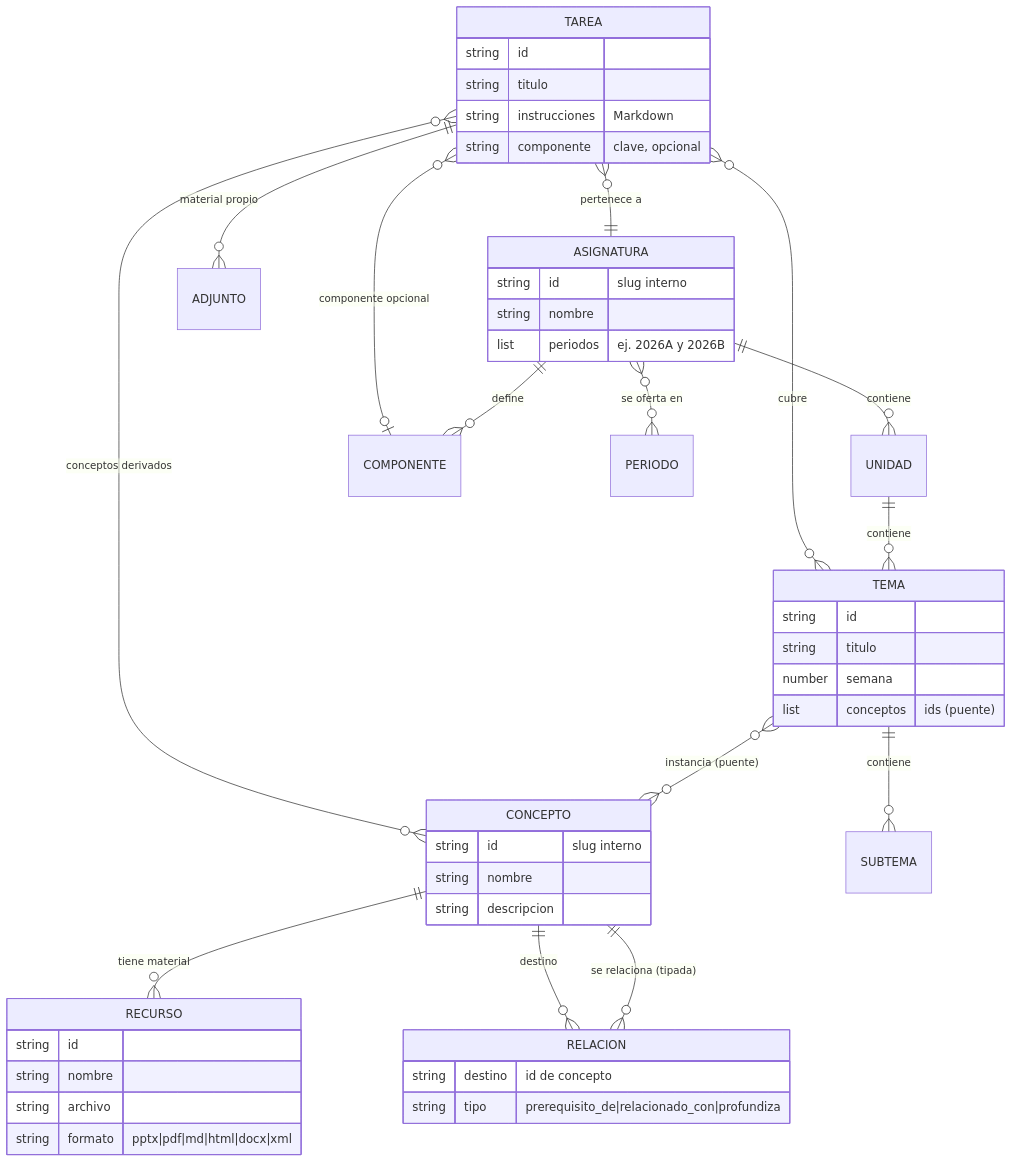
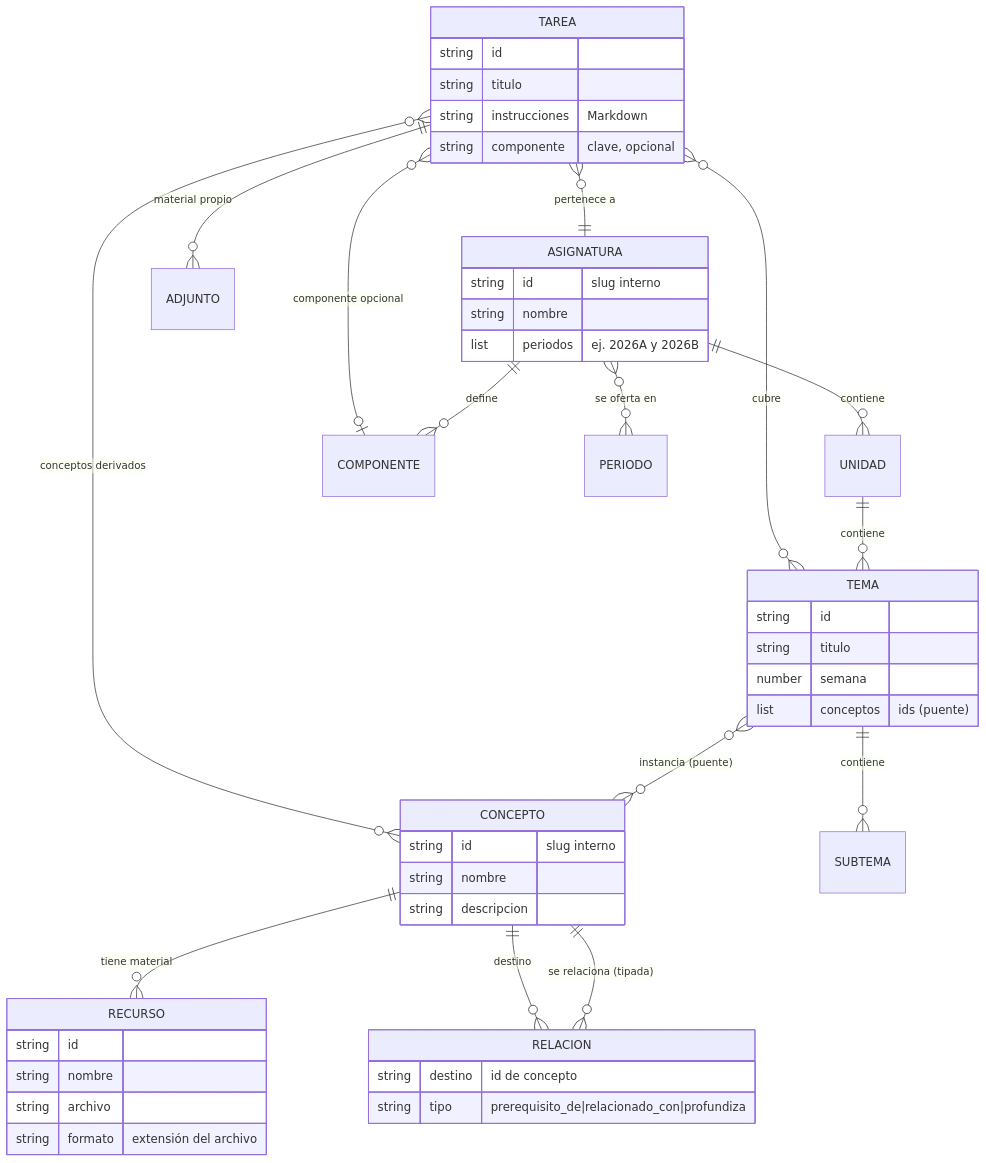
Before and after one commit to paulosk8/HiDev-graphs: the second of 5 diagrams in README.md, drawn with Mermaid. The commit also changed other lines of this file and 14 other files, not shown here.

First line of the commit message:
feat(material): el material admite cualquier formato de archivo

````diff
--- a/README.md
+++ b/README.md
@@ -220,53 +220,53 @@
 ```mermaid
 erDiagram
     CONCEPTO ||--o{ RECURSO : "tiene material"
     CONCEPTO ||--o{ RELACION : "se relaciona (tipada)"
     RELACION }o--|| CONCEPTO : "destino"
 
     ASIGNATURA ||--o{ UNIDAD : contiene
     UNIDAD ||--o{ TEMA : contiene
     TEMA ||--o{ SUBTEMA : contiene
     ASIGNATURA ||--o{ COMPONENTE : "define"
     ASIGNATURA }o--o{ PERIODO : "se oferta en"
 
     TEMA }o--o{ CONCEPTO : "instancia (puente)"
 
     TAREA }o--|| ASIGNATURA : "pertenece a"
     TAREA }o--o{ TEMA : "cubre"
     TAREA }o--o{ CONCEPTO : "conceptos derivados"
     TAREA ||--o{ ADJUNTO : "material propio"
     TAREA }o--o| COMPONENTE : "componente opcional"
 
     CONCEPTO {
         string id "slug interno"
         string nombre
         string descripcion
     }
     RECURSO {
         string id
         string nombre
         string archivo
-        string formato "pptx|pdf|md|html|docx|xml"
+        string formato "extensión del archivo"
     }
     RELACION {
         string destino "id de concepto"
         string tipo "prerequisito_de|relacionado_con|profundiza"
     }
     ASIGNATURA {
         string id "slug interno"
         string nombre
         list periodos "ej. 2026A y 2026B"
     }
     TEMA {
         string id
         string titulo
         number semana
         list conceptos "ids (puente)"
     }
     TAREA {
         string id
         string titulo
         string instrucciones "Markdown"
         string componente "clave, opcional"
     }
 ```
````
